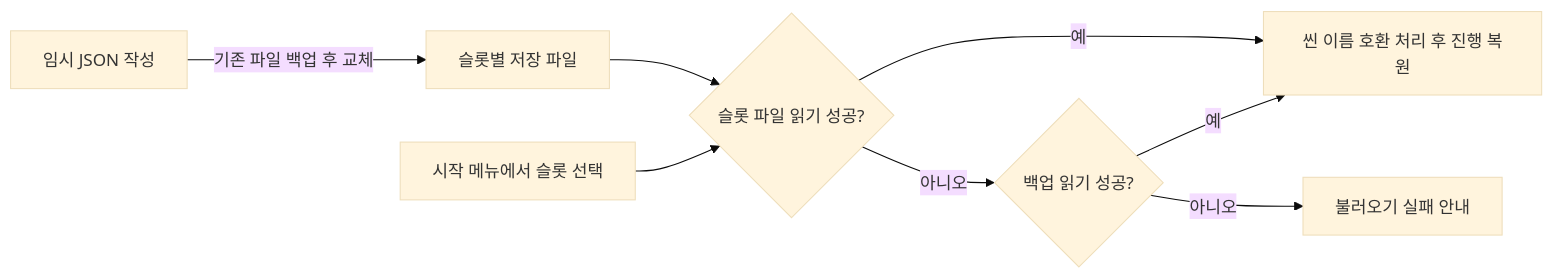
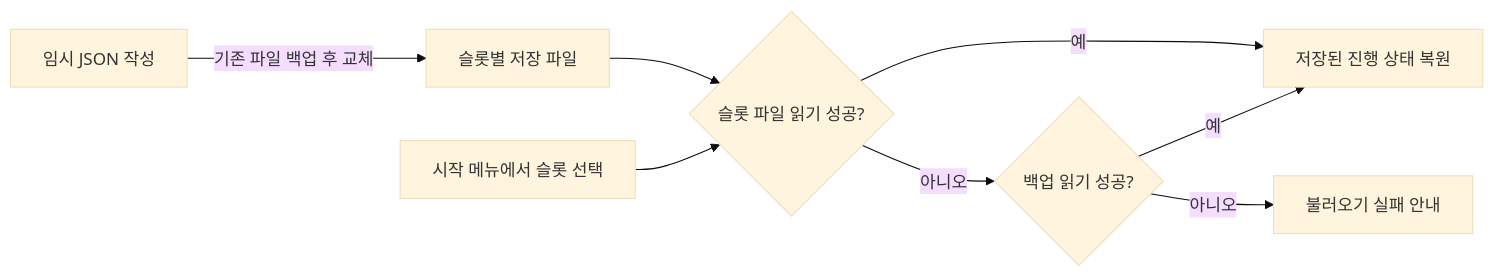
One commit to lmglmg01/CatchAndCook changed the eighth of 10 diagrams in README.md. Above: the diagram before and after it, drawn with Mermaid (base theme). The commit also changed other lines of this file, not shown here.

```diff
--- a/README.md
+++ b/README.md
@@ -383,10 +385,10 @@
 ~~~mermaid
 flowchart LR
     A[임시 JSON 작성] -->|기존 파일 백업 후 교체| B[슬롯별 저장 파일]
     B --> C{슬롯 파일 읽기 성공?}
     D[시작 메뉴에서 슬롯 선택] --> C
-    C -->|예| E[씬 이름 호환 처리 후 진행 복원]
+    C -->|예| E[저장된 진행 상태 복원]
     C -->|아니오| F{백업 읽기 성공?}
     F -->|예| E
     F -->|아니오| G[불러오기 실패 안내]
 ~~~
```
